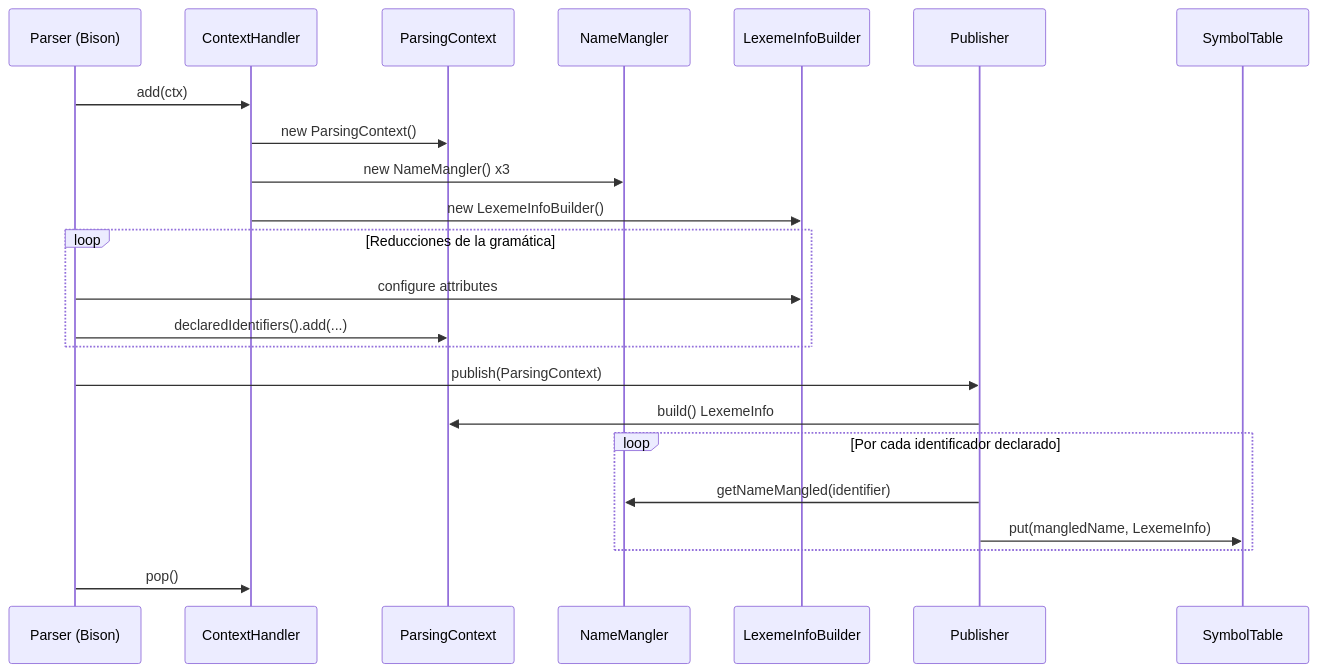
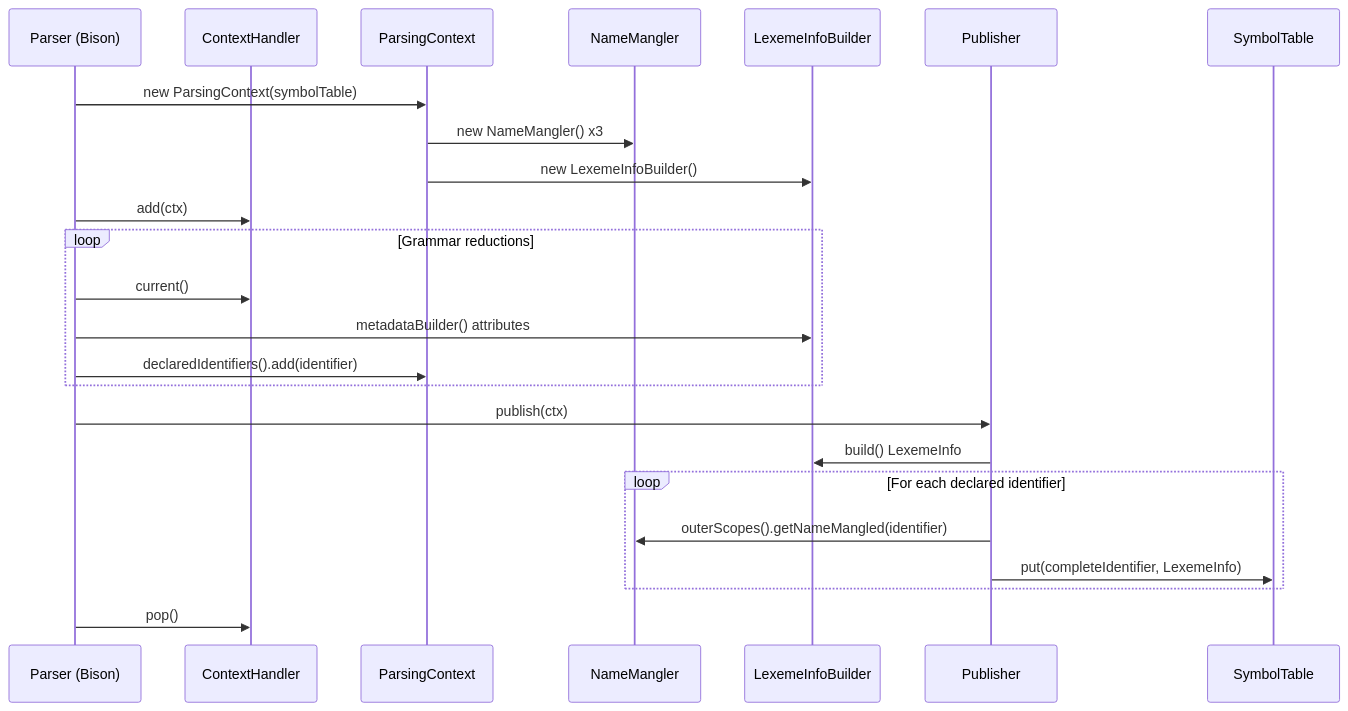
The fifth of 6 diagrams in doc/modules/parser.md (PascalUser/FLC-IEC61131-7), drawn with Mermaid before and after one commit. The commit also changed other lines of this file and 75 other files, not shown here.

````diff
--- a/doc/modules/parser.md
+++ b/doc/modules/parser.md
@@ -407,29 +426,30 @@
 ```mermaid
 sequenceDiagram
     participant Parser as Parser (Bison)
     participant CH as ContextHandler
     participant PC as ParsingContext
     participant NM as NameMangler
     participant Builder as LexemeInfoBuilder
     participant Pub as Publisher
     participant ST as SymbolTable
 
+    Parser->>PC: new ParsingContext(symbolTable)
+    PC->>NM: new NameMangler() x3
+    PC->>Builder: new LexemeInfoBuilder()
     Parser->>CH: add(ctx)
-    CH->>PC: new ParsingContext()
-    CH->>NM: new NameMangler() x3
-    CH->>Builder: new LexemeInfoBuilder()
 
-    loop Reducciones de la gramática
-        Parser->>Builder: configure attributes
-        Parser->>PC: declaredIdentifiers().add(...)
+    loop Grammar reductions
+        Parser->>CH: current()
+        Parser->>Builder: metadataBuilder() attributes
+        Parser->>PC: declaredIdentifiers().add(identifier)
     end
 
-    Parser->>Pub: publish(ParsingContext)
-    Pub->>PC: build() LexemeInfo
-    loop Por cada identificador declarado
-        Pub->>NM: getNameMangled(identifier)
-        Pub->>ST: put(mangledName, LexemeInfo)
+    Parser->>Pub: publish(ctx)
+    Pub->>Builder: build() LexemeInfo
+    loop For each declared identifier
+        Pub->>NM: outerScopes().getNameMangled(identifier)
+        Pub->>ST: put(completeIdentifier, LexemeInfo)
     end
 
     Parser->>CH: pop()
 ```
````
